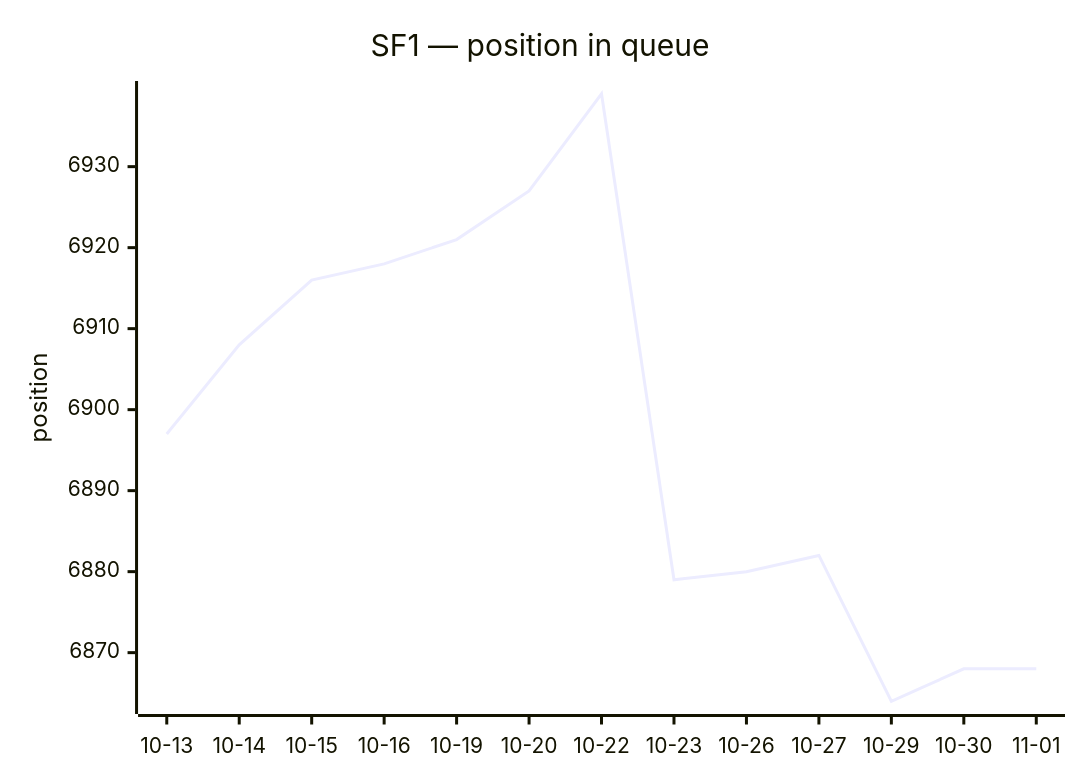
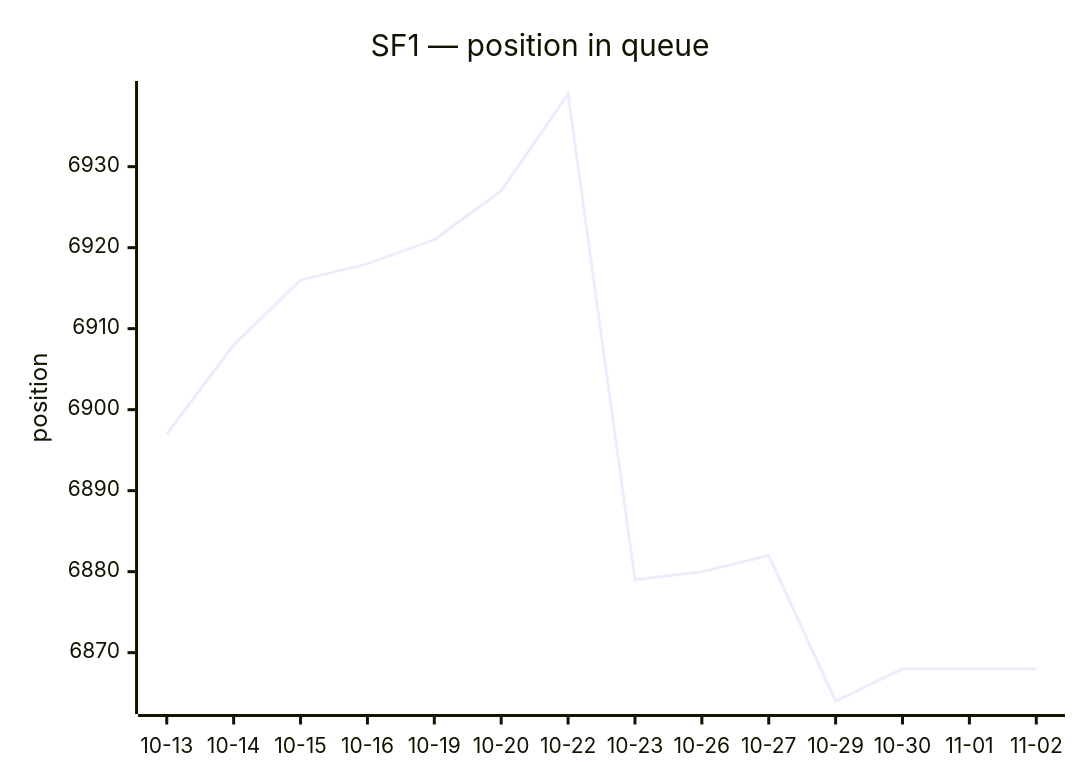
The first of 2 diagrams in queue/README.md (thyarles/thyarles), drawn with Mermaid before and after one commit. The commit also changed other lines of this file and 1 other file, not shown here.

````diff
--- a/queue/README.md
+++ b/queue/README.md
@@ -20,7 +20,7 @@
 ```mermaid
 xychart-beta
   title "SF1 — position in queue"
-  x-axis ["10-13", "10-14", "10-15", "10-16", "10-19", "10-20", "10-22", "10-23", "10-26", "10-27", "10-29", "10-30", "11-01"]
+  x-axis ["10-13", "10-14", "10-15", "10-16", "10-19", "10-20", "10-22", "10-23", "10-26", "10-27", "10-29", "10-30", "11-01", "11-02"]
   y-axis "position"
-  line [6897, 6908, 6916, 6918, 6921, 6927, 6939, 6879, 6880, 6882, 6864, 6868, 6868]
+  line [6897, 6908, 6916, 6918, 6921, 6927, 6939, 6879, 6880, 6882, 6864, 6868, 6868, 6868]
 ```
````
